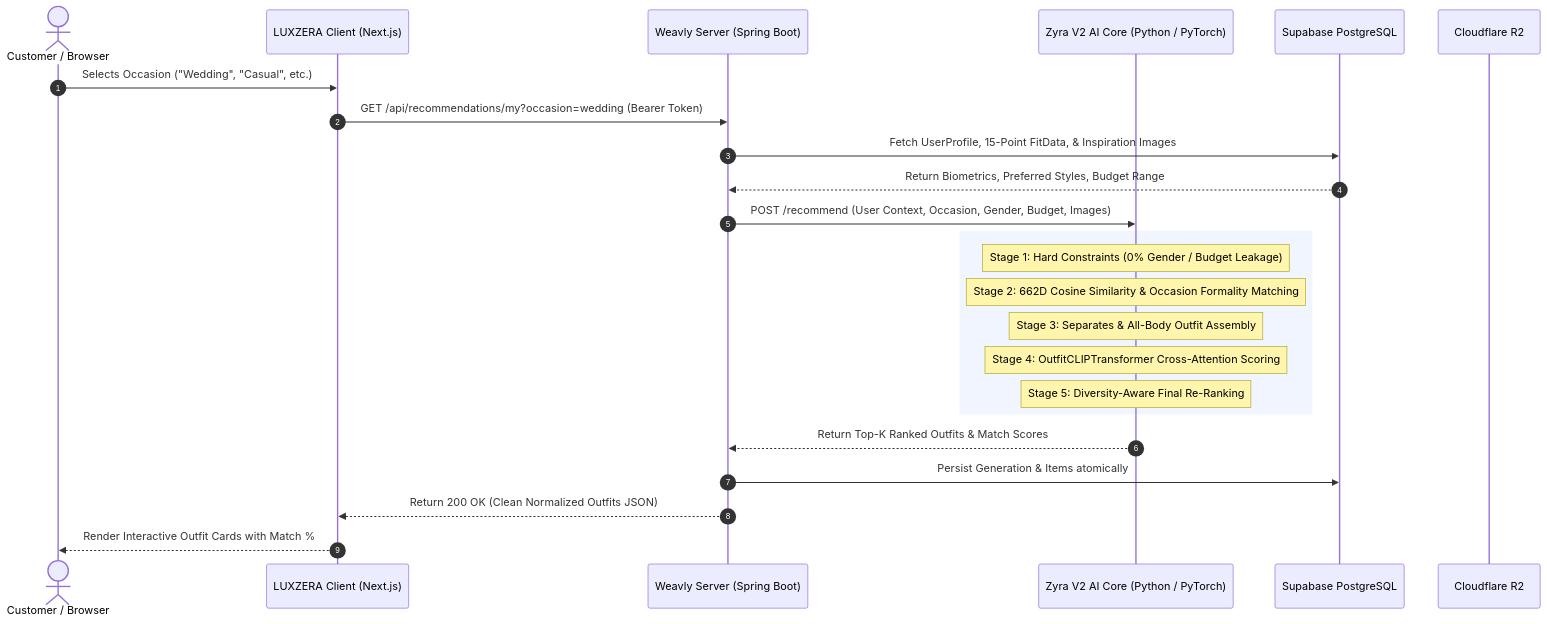
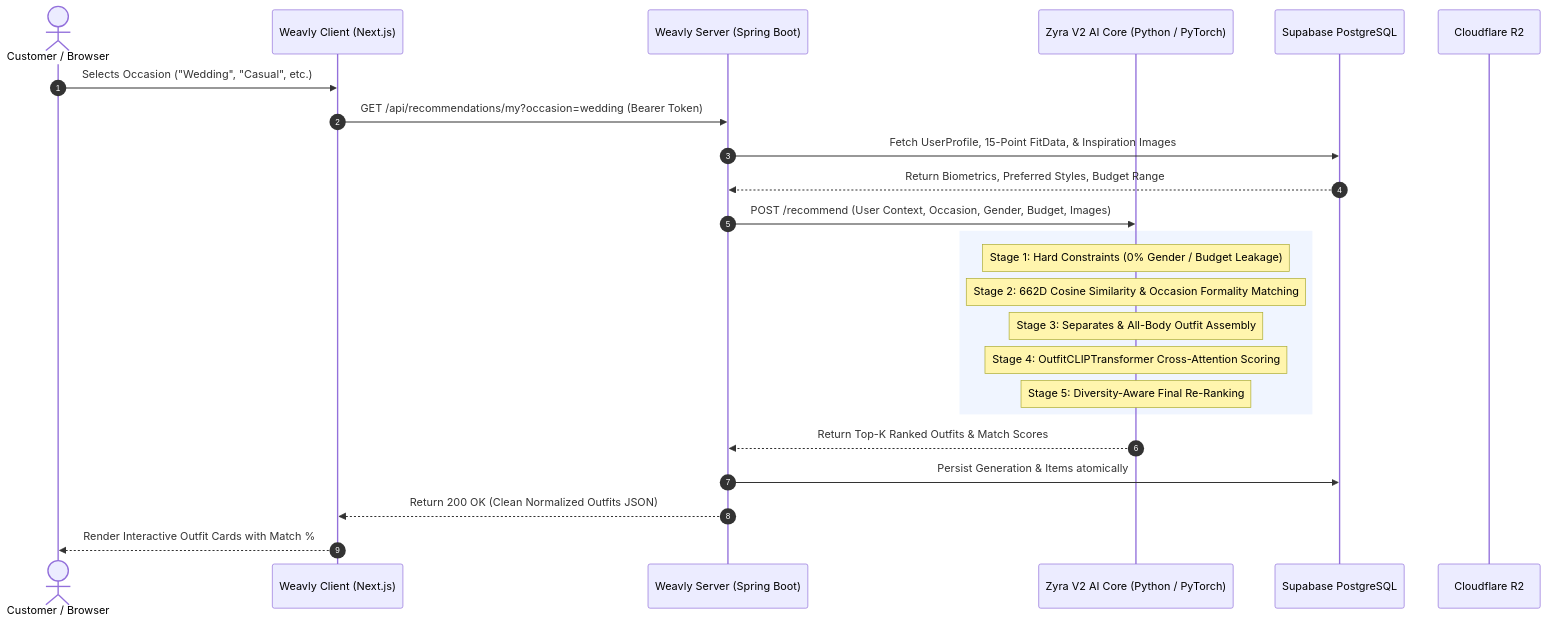
Before and after one commit to Ch-saketh/weavly: the second of 5 diagrams in README.md, drawn with Mermaid. The commit also changed other lines of this file and 4 other files, not shown here.

Commit message:
docs: replace luxzera with weavly and zera with zyra across all READMEs

````diff
--- a/README.md
+++ b/README.md
@@ -111,29 +111,29 @@
 ```mermaid
 sequenceDiagram
     autonumber
     actor User as Customer / Browser
-    participant Client as LUXZERA Client (Next.js)
+    participant Client as Weavly Client (Next.js)
     participant Server as Weavly Server (Spring Boot)
     participant Zyra as Zyra V2 AI Core (Python / PyTorch)
     participant DB as Supabase PostgreSQL
     participant R2 as Cloudflare R2
 
     User->>Client: Selects Occasion ("Wedding", "Casual", etc.)
     Client->>Server: GET /api/recommendations/my?occasion=wedding (Bearer Token)
     Server->>DB: Fetch UserProfile, 15-Point FitData, & Inspiration Images
     DB-->>Server: Return Biometrics, Preferred Styles, Budget Range
     Server->>Zyra: POST /recommend (User Context, Occasion, Gender, Budget, Images)
     
     rect rgb(240, 245, 255)
         Note over Zyra: Stage 1: Hard Constraints (0% Gender / Budget Leakage)
         Note over Zyra: Stage 2: 662D Cosine Similarity & Occasion Formality Matching
         Note over Zyra: Stage 3: Separates & All-Body Outfit Assembly
         Note over Zyra: Stage 4: OutfitCLIPTransformer Cross-Attention Scoring
         Note over Zyra: Stage 5: Diversity-Aware Final Re-Ranking
     end
 
     Zyra-->>Server: Return Top-K Ranked Outfits & Match Scores
     Server->>DB: Persist Generation & Items atomically
     Server-->>Client: Return 200 OK (Clean Normalized Outfits JSON)
     Client-->>User: Render Interactive Outfit Cards with Match %
 ```
````
